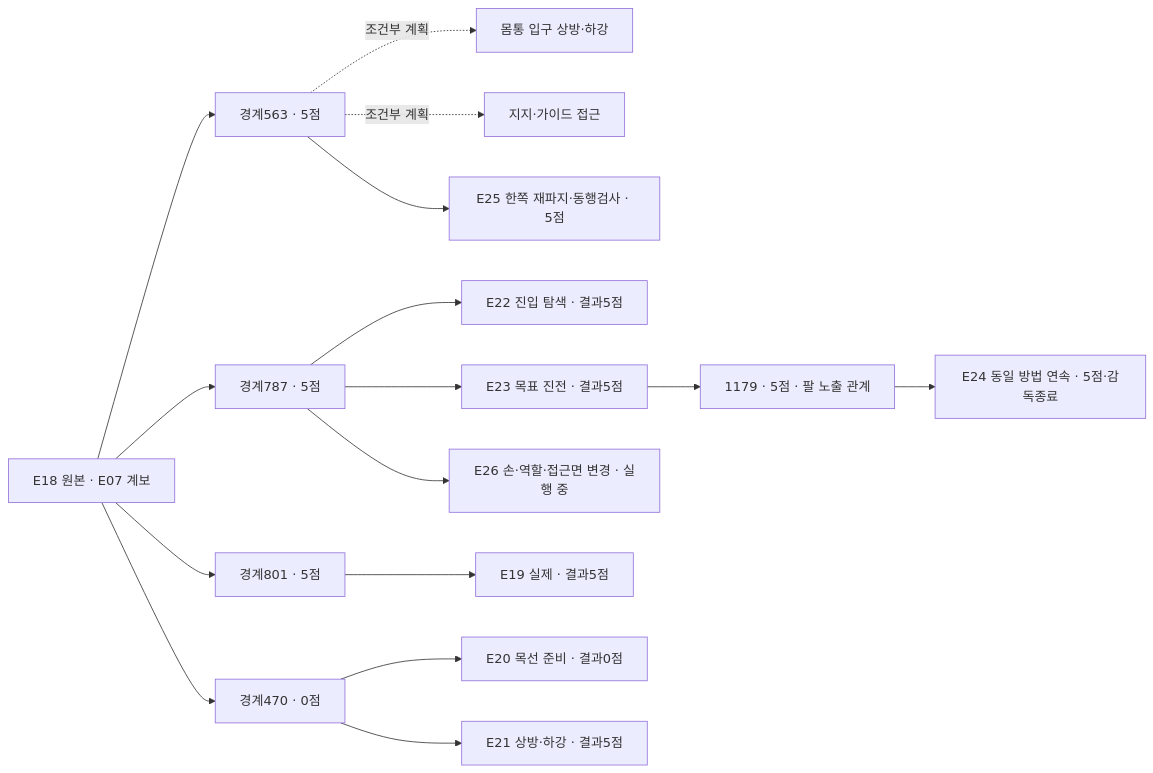
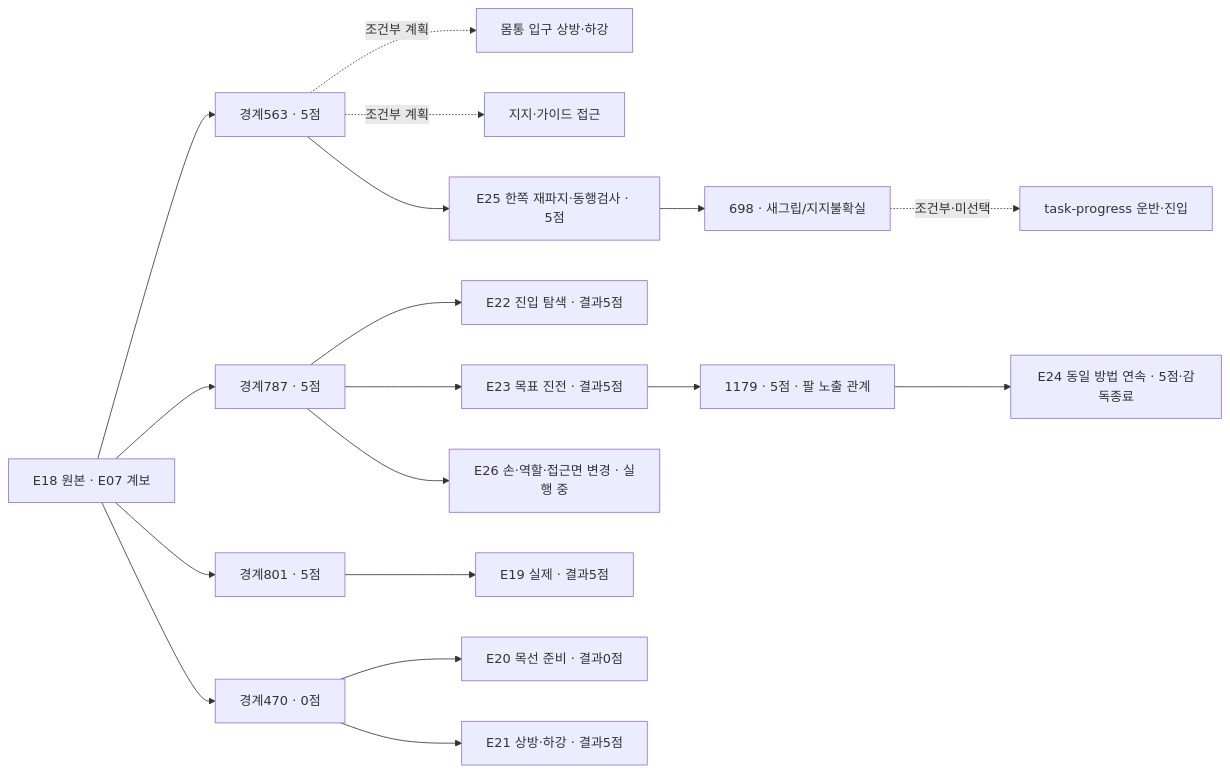
The diagram in docs/collection/catalog/README.ko.md (leonyoon-3dai/PhyRC_2027_phase1), drawn with Mermaid before and after one commit. The commit also changed other lines of this file and 6 other files, not shown here.

````diff
--- a/docs/collection/catalog/README.ko.md
+++ b/docs/collection/catalog/README.ko.md
@@ -26,18 +27,20 @@
 ```mermaid
 flowchart LR
   E18["E18 원본 · E07 계보"] --> P563["경계563 · 5점"]
   E18 --> P787["경계787 · 5점"]
   E18 --> P801["경계801 · 5점"]
   E18 --> P470["경계470 · 0점"]
   P563 -. "조건부 계획" .-> O["몸통 입구 상방·하강"]
   P563 -. "조건부 계획" .-> G["지지·가이드 접근"]
   P801 --> E19["E19 실제 · 결과5점"]
   P470 --> E20["E20 목선 준비 · 결과0점"]
   P470 --> E21["E21 상방·하강 · 결과5점"]
   P787 --> E22["E22 진입 탐색 · 결과5점"]
   P787 --> E23["E23 목표 진전 · 결과5점"]
   E23 --> P1179["1179 · 5점 · 팔 노출 관계"]
   P1179 --> E24["E24 동일 방법 연속 · 5점·감독종료"]
   P563 --> M1["E25 한쪽 재파지·동행검사 · 5점"]
   P787 --> M2["E26 손·역할·접근면 변경 · 실행 중"]
+  M1 --> P698["698 · 새그립/지지불확실"]
+  P698 -. "조건부·미선택" .-> C["task-progress 운반·진입"]
 ```
````
